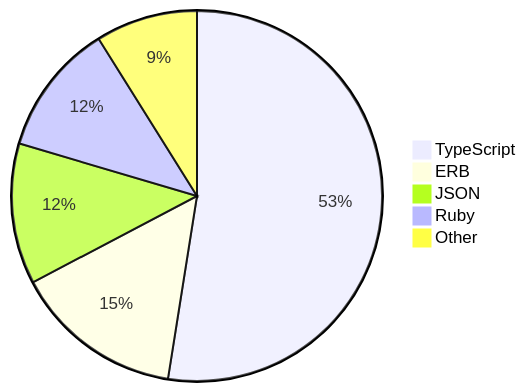
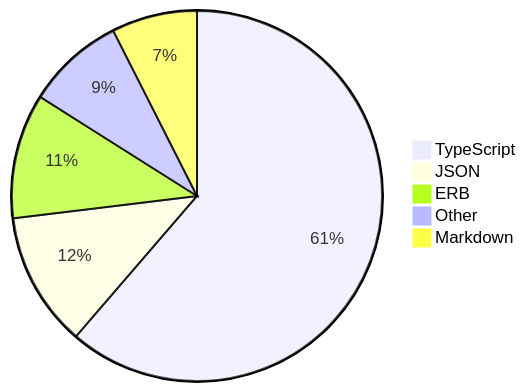
Before and after one commit to skvggor/skvggor: the diagram in README.md, drawn with Mermaid.

Commit message:
Updated waka-readme graph with new metrics

````diff
--- a/README.md
+++ b/README.md
@@ -35,8 +35,8 @@
 ```mermaid
 pie
-    "TypeScript" : 41.9
-    "ERB" : 11.8
-    "JSON" : 9.8
-    "Ruby" : 9.2
-    "Other" : 7.1
+    "TypeScript" : 50.1
+    "JSON" : 9.6
+    "ERB" : 8.9
+    "Other" : 7.0
+    "Markdown" : 6.1
 ```
````
